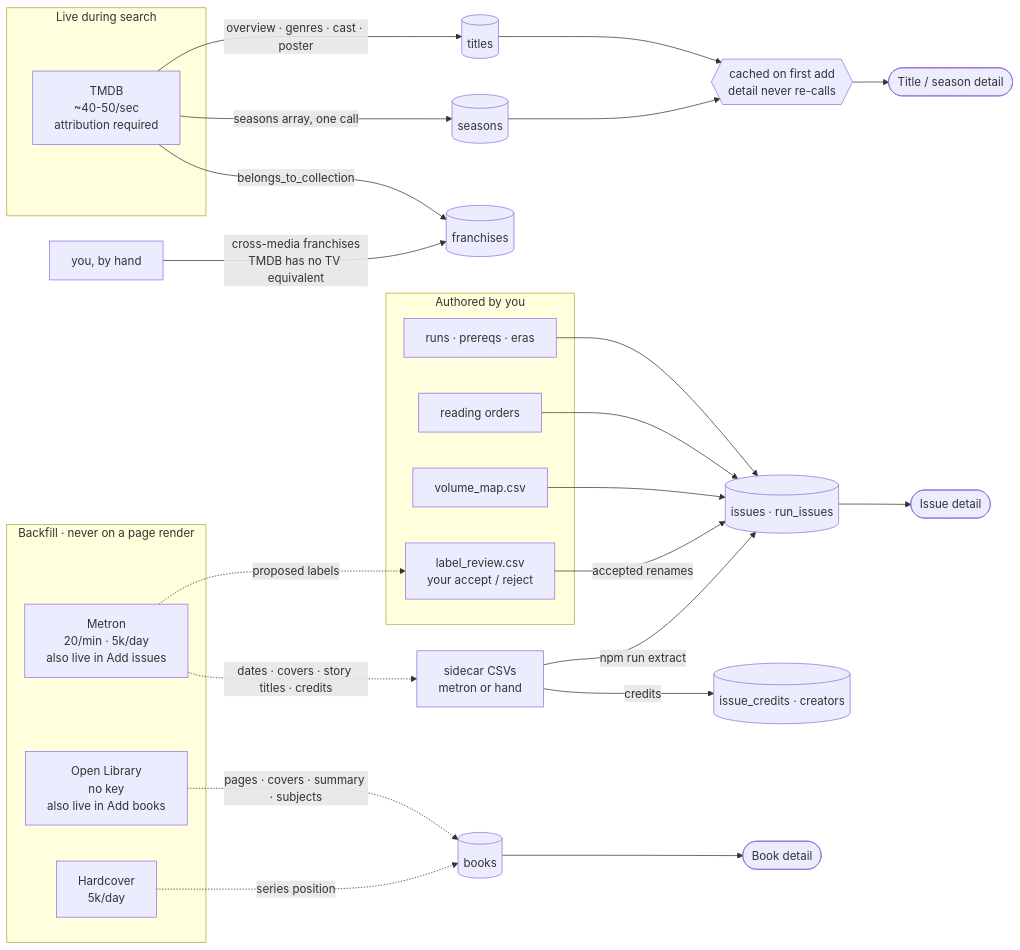
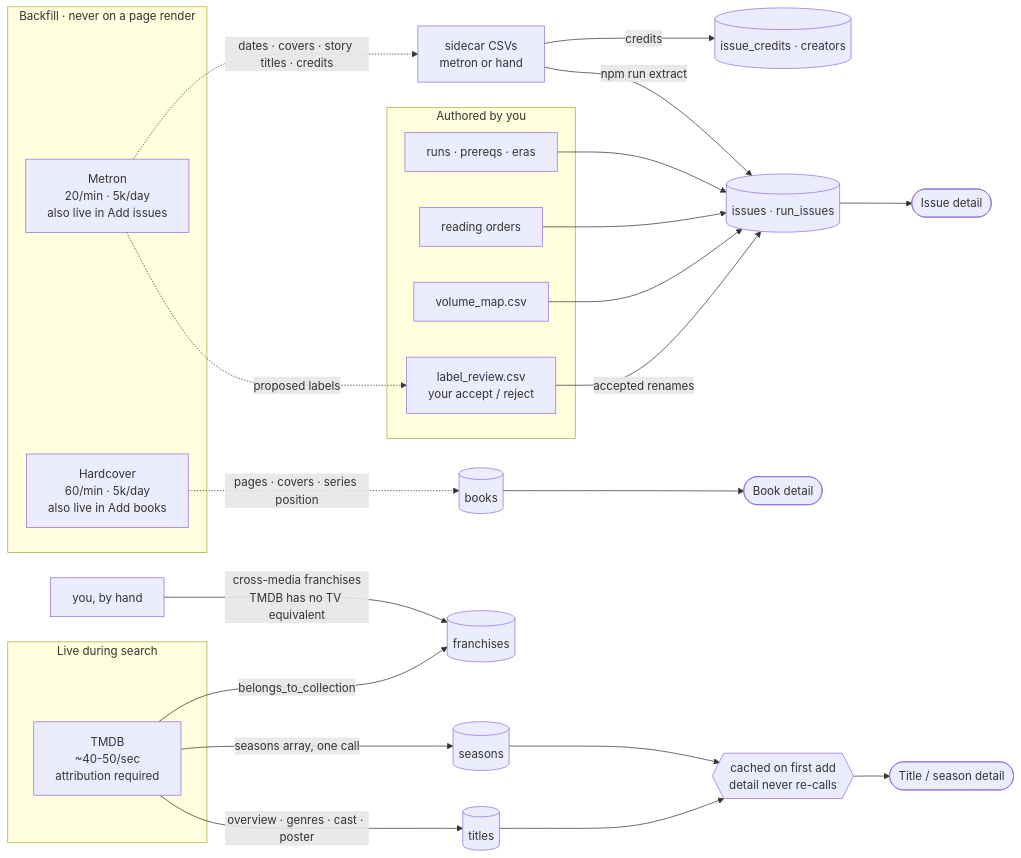
One commit to jtillmanio/ledger changed diagram 13 of 14 in docs/DIAGRAMS.md. Above: the diagram before and after it, drawn with Mermaid. The commit also changed other lines of this file and 34 other files, not shown here.

First line of the commit message:
task 6.19: drop the Open Library column, cache table and client (#333)

````diff
--- a/docs/DIAGRAMS.md
+++ b/docs/DIAGRAMS.md
@@ -631,38 +629,36 @@
 ```mermaid
 flowchart LR
     subgraph authored [Authored by you]
         R[runs · prereqs · eras]
         RO[reading orders]
         VM[volume_map.csv]
         LR[label_review.csv<br/>your accept / reject]
     end
     subgraph backfill [Backfill · never on a page render]
         MET[Metron<br/>20/min · 5k/day<br/>also live in Add issues]
-        OL[Open Library<br/>no key<br/>also live in Add books]
-        HC[Hardcover<br/>5k/day]
+        HC[Hardcover<br/>60/min · 5k/day<br/>also live in Add books]
     end
     subgraph live [Live during search]
         TMDB[TMDB<br/>~40-50/sec<br/>attribution required]
     end
 
     R --> ISS[(issues · run_issues)]
     RO --> ISS
     VM --> ISS
     MET -. proposed labels .-> LR
     LR -- accepted renames --> ISS
     MET -. dates · covers · story titles · credits .-> SC[sidecar CSVs<br/>metron or hand]
     SC -- npm run extract --> ISS
     SC -- credits --> CR[(issue_credits · creators)]
-    OL  -. pages · covers · summary · subjects .-> BK[(books)]
-    HC  -. series position .-> BK
+    HC  -. pages · covers · series position .-> BK[(books)]
     TMDB -- overview · genres · cast · poster --> TI[(titles)]
     TMDB -- seasons array, one call --> SE[(seasons)]
     TMDB -- belongs_to_collection --> FR[(franchises)]
     HAND[you, by hand] -- cross-media franchises<br/>TMDB has no TV equivalent --> FR
     TI --> CACHE{{cached on first add<br/>detail never re-calls}}
     SE --> CACHE
 
     ISS --> DET1([Issue detail])
     BK  --> DET2([Book detail])
     CACHE --> DET3([Title / season detail])
 ```
````
